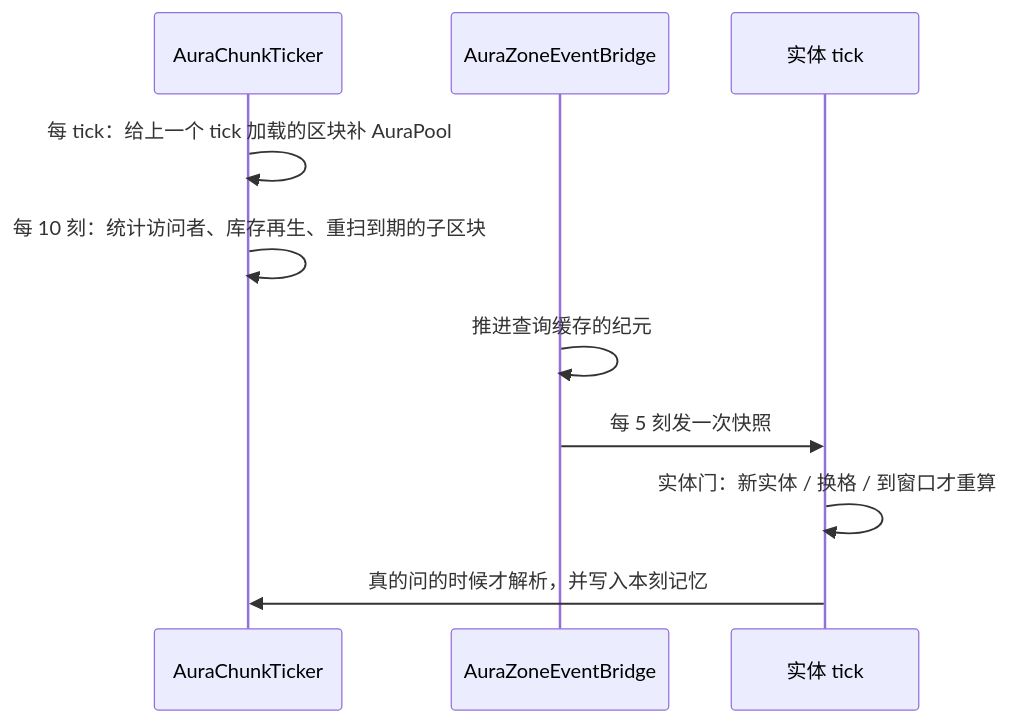
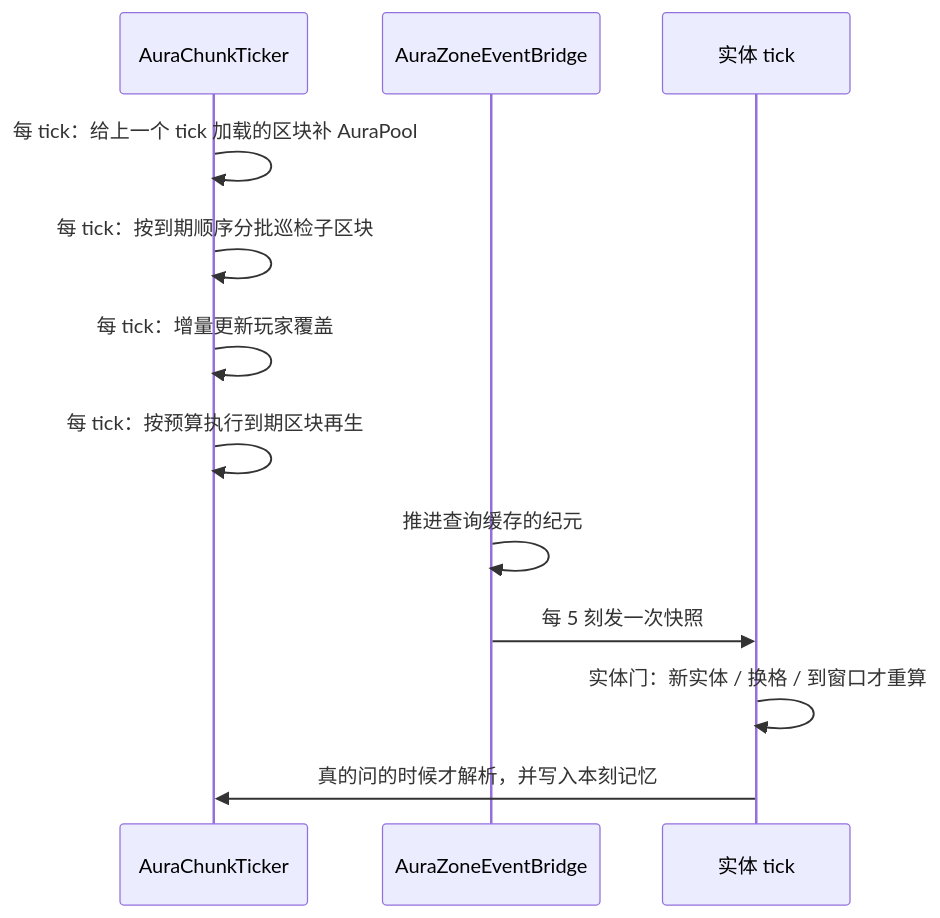
The third of 3 diagrams in docs/technical/aura.md (IAFEnvoy/mxt-docs), drawn with Mermaid before and after one commit. The commit also changed other lines of this file and 70 other files, not shown here.

````diff
--- a/docs/technical/aura.md
+++ b/docs/technical/aura.md
@@ -192,12 +192,14 @@
 ```mermaid
 sequenceDiagram
     participant T as AuraChunkTicker
     participant B as AuraZoneEventBridge
     participant G as 实体 tick
     T->>T: 每 tick：给上一个 tick 加载的区块补 AuraPool
-    T->>T: 每 10 刻：统计访问者、库存再生、重扫到期的子区块
+    T->>T: 每 tick：按到期顺序分批巡检子区块
+    T->>T: 每 tick：增量更新玩家覆盖
+    T->>T: 每 tick：按预算执行到期区块再生
     B->>B: 推进查询缓存的纪元
     B->>G: 每 5 刻发一次快照
     G->>G: 实体门：新实体 / 换格 / 到窗口才重算
     G->>T: 真的问的时候才解析，并写入本刻记忆
 ```
````
